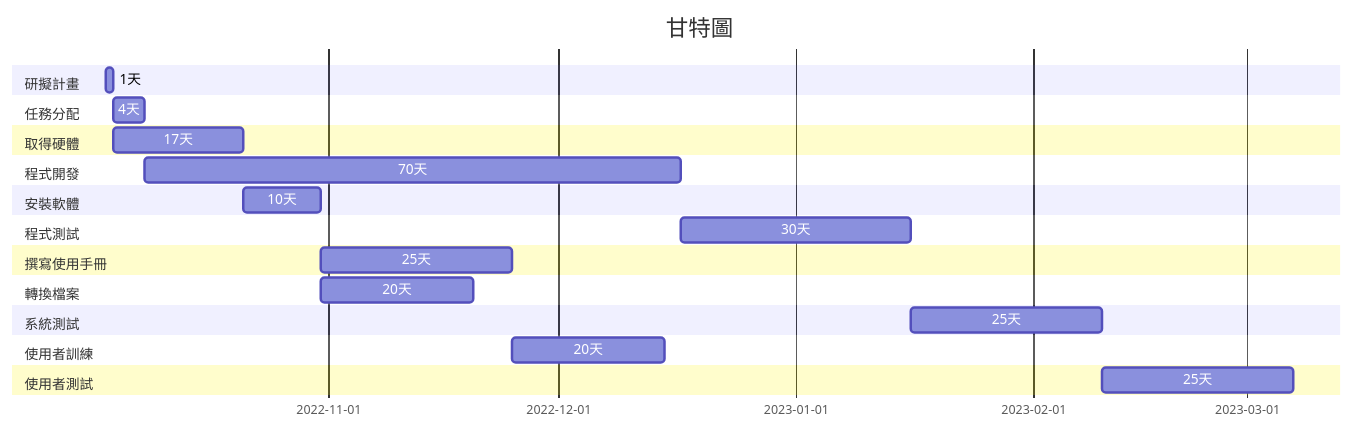
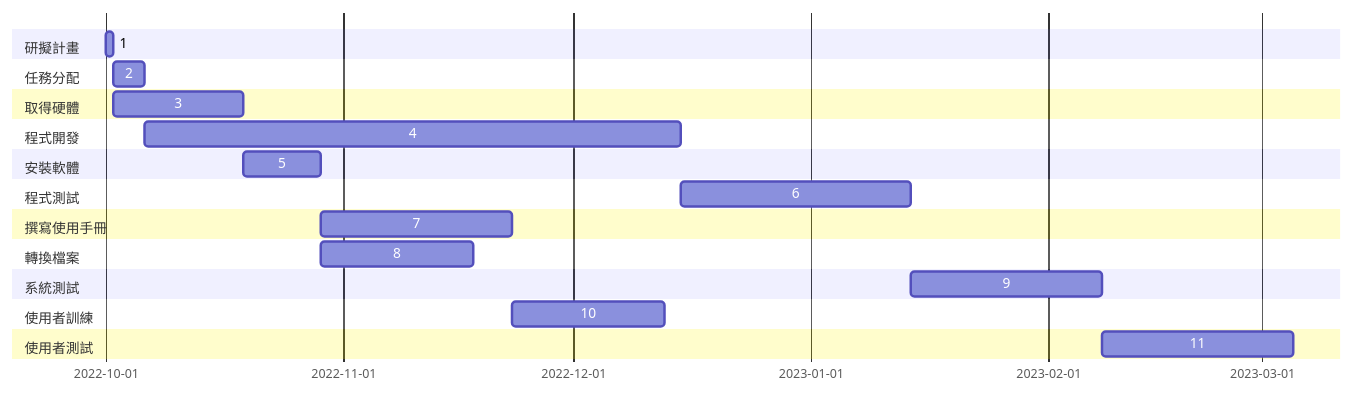
The diagram in hw2.md (cindy910526/c109118282), drawn with Mermaid before and after one commit. The commit also changed other lines of this file, not shown here.

````diff
--- a/hw2.md
+++ b/hw2.md
@@ -6,36 +9,25 @@
 ```mermaid
 gantt
-    title 甘特圖
     section 研擬計畫
-    1天:a1, 2022-10-03, 1d
-    
+    1:a1, 2022-10-01, 1d
     section 任務分配
-    4天:a2,after a1  , 4d
-    
+    2:a2,after a1  , 4d
     section 取得硬體
-    17天:a3,after a1  , 17d
-    
+    3:a3,after a1  , 17d
     section 程式開發
-    70天:a4,after a2  , 70d 
-    
+    4:a4,after a2  , 70d 
     section 安裝軟體
-    10天:a5,after a3  , 10d
-    
+    5:a5,after a3  , 10d
     section 程式測試
-    30天:a6,after a4  , 30d
-    
+    6:a6,after a4  , 30d
     section 撰寫使用手冊
-    25天:a7,after a5  , 25d
-    
+    7:a7,after a5  , 25d
     section 轉換檔案
-    20天:a8,after a5  , 20d
-    
+    8:a8,after a5  , 20d
     section 系統測試
-    25天:a9,after a6  , 25d
-    
+    9:a9,after a6  , 25d
     section 使用者訓練
-    20天:a10,after a7, 20d
-    
+    10:a10,after a7, 20d
     section 使用者測試
-    25天:a11,after a9, 25d
+    11:a11,after a9, 25d
 ```
````
